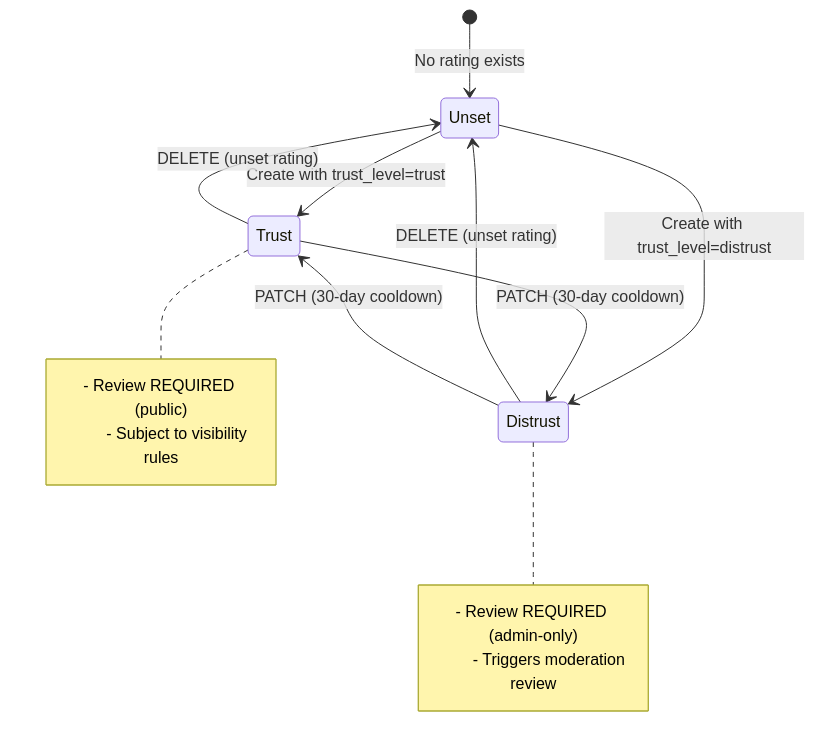
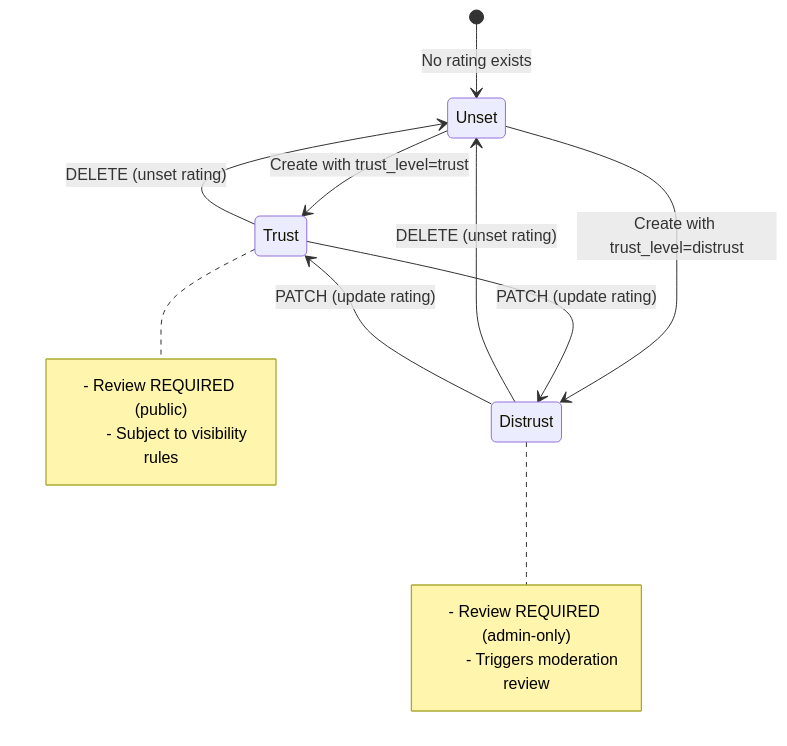
One commit to forgo/saga changed the third of 11 diagrams in api/docs/FEATURES.md. Above: the diagram before and after it, drawn with Mermaid. The commit also changed other lines of this file and 180 other files, not shown here.

````diff
--- a/api/docs/FEATURES.md
+++ b/api/docs/FEATURES.md
@@ -677,23 +677,23 @@
 ```mermaid
 stateDiagram-v2
     [*] --> Unset: No rating exists
 
     Unset --> Trust: Create with trust_level=trust
     Unset --> Distrust: Create with trust_level=distrust
 
     Trust --> Unset: DELETE (unset rating)
-    Trust --> Distrust: PATCH (30-day cooldown)
+    Trust --> Distrust: PATCH (update rating)
 
     Distrust --> Unset: DELETE (unset rating)
-    Distrust --> Trust: PATCH (30-day cooldown)
+    Distrust --> Trust: PATCH (update rating)
 
     note right of Trust
         - Review REQUIRED (public)
         - Subject to visibility rules
     end note
 
     note right of Distrust
         - Review REQUIRED (admin-only)
         - Triggers moderation review
     end note
 ```
````
